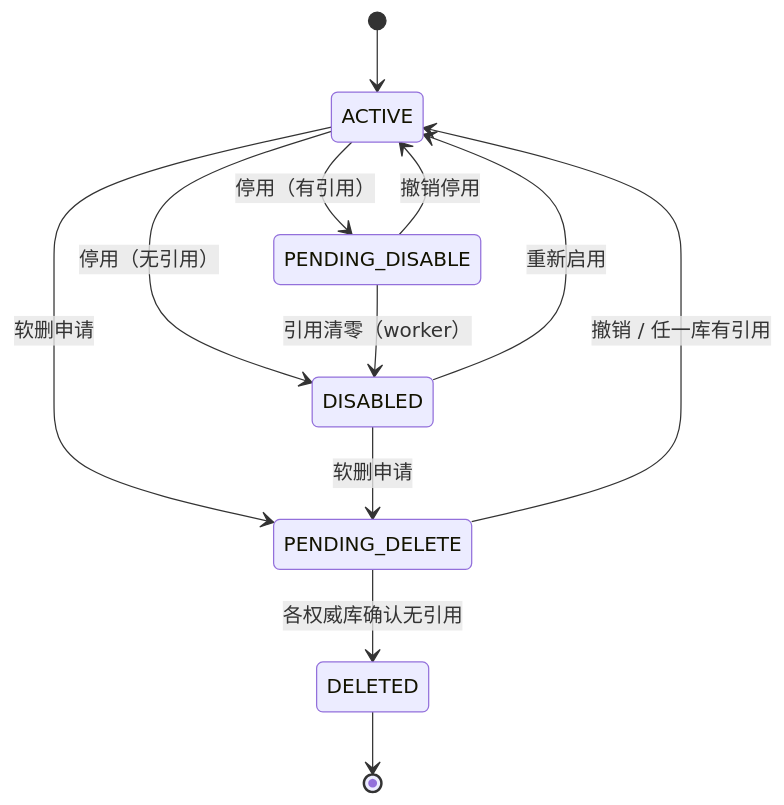
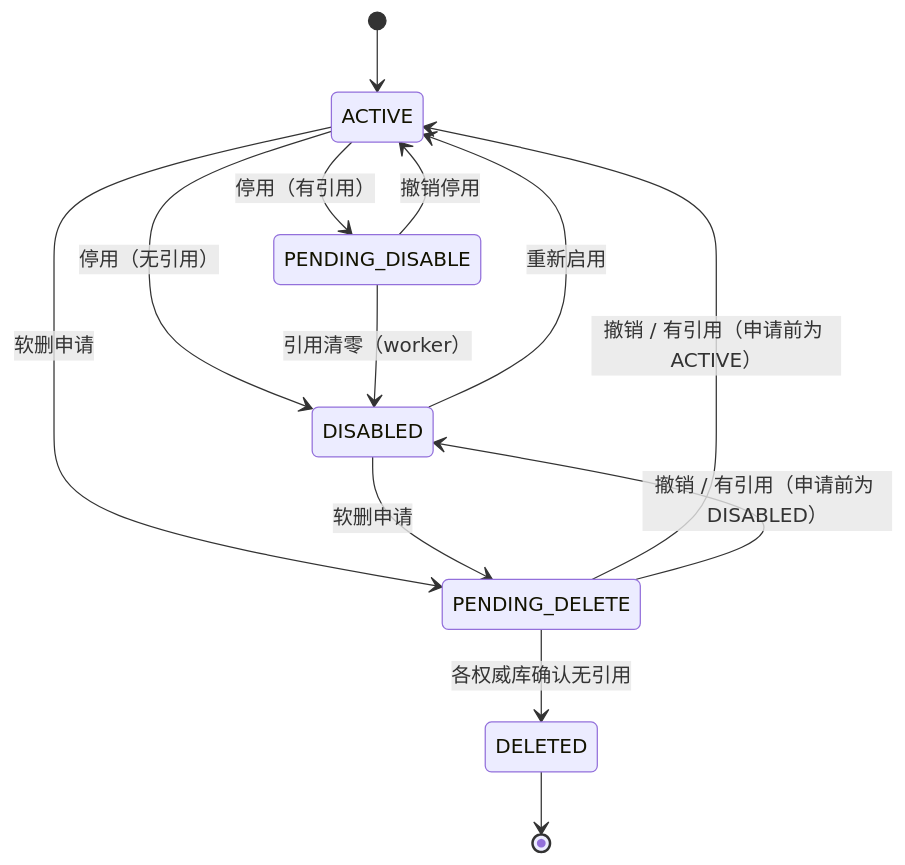
One commit to Akarin7784/fresh-wms changed the diagram in docs/01-主数据.md. Above: the diagram before and after it, drawn with Mermaid. The commit also changed other lines of this file and 5 other files, not shown here.

Commit message:
docs(01): 删除接口 delete-request / cancel / pending-actions，DELETE 一律 40936（登记 00 码表）；prior_status 恢复申请前状态 + 两库触发器；权限点 master.delete.request/cancel；SQLite 222/222、PG 221/221

````diff
--- a/docs/01-主数据.md
+++ b/docs/01-主数据.md
@@ -115,14 +115,15 @@
 ```mermaid
 stateDiagram-v2
     [*] --> ACTIVE
     ACTIVE --> PENDING_DISABLE: 停用（有引用）
     ACTIVE --> DISABLED: 停用（无引用）
     PENDING_DISABLE --> DISABLED: 引用清零（worker）
     PENDING_DISABLE --> ACTIVE: 撤销停用
     DISABLED --> ACTIVE: 重新启用
     ACTIVE --> PENDING_DELETE: 软删申请
     DISABLED --> PENDING_DELETE: 软删申请
     PENDING_DELETE --> DELETED: 各权威库确认无引用
-    PENDING_DELETE --> ACTIVE: 撤销 / 任一库有引用
+    PENDING_DELETE --> ACTIVE: 撤销 / 有引用（申请前为 ACTIVE）
+    PENDING_DELETE --> DISABLED: 撤销 / 有引用（申请前为 DISABLED）
     DELETED --> [*]
 ```
````
